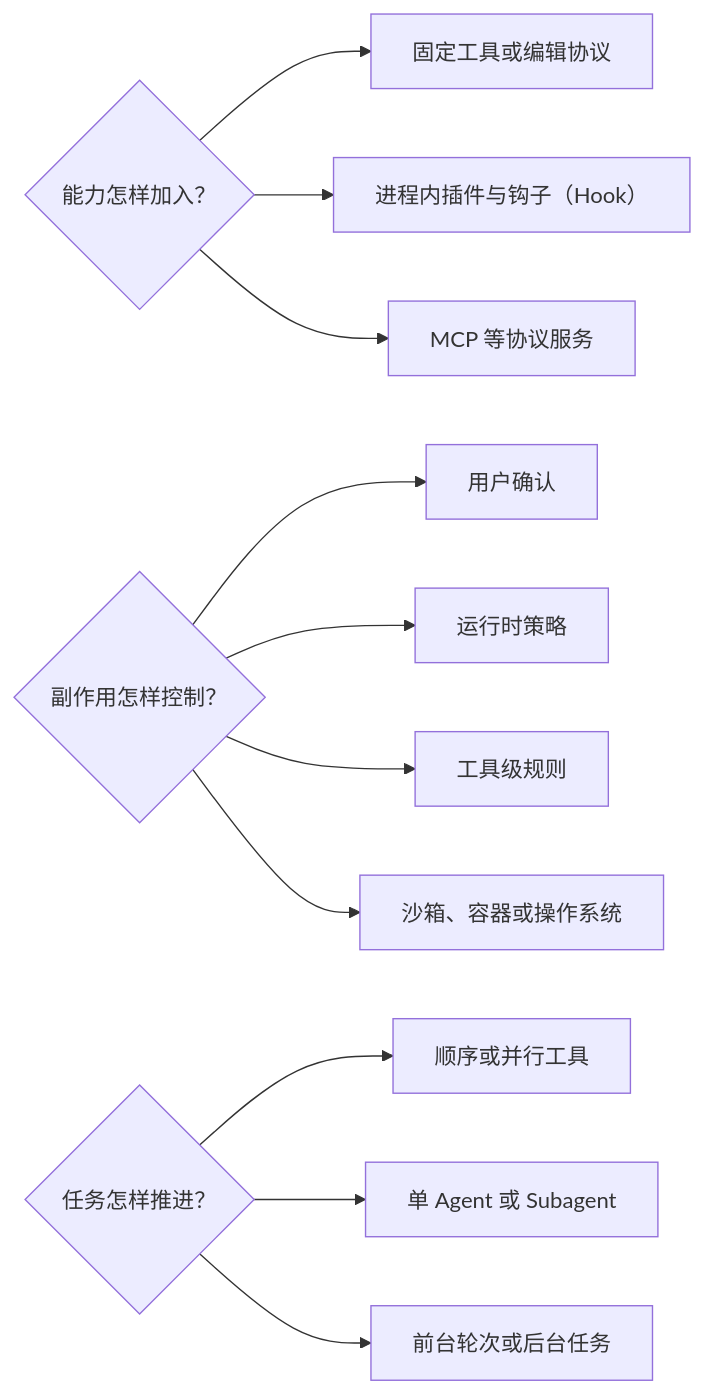
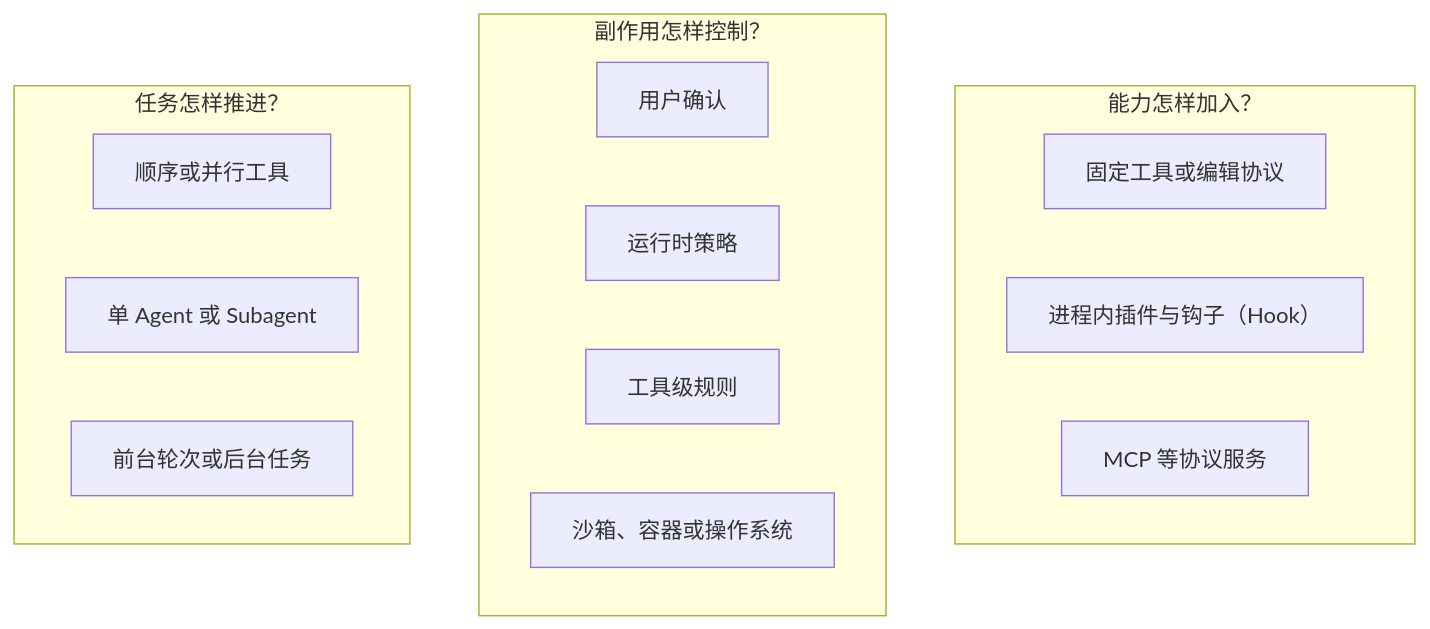
Before and after one commit to specialpointcentral/harness: the diagram in docs/harness-survey/02_horizontal_capability_map.md, drawn with Mermaid. The commit also changed 25 other files, not shown here.

````diff
--- a/docs/harness-survey/02_horizontal_capability_map.md
+++ b/docs/harness-survey/02_horizontal_capability_map.md
@@ -67,15 +67,24 @@
 ```mermaid
-flowchart LR
-  E{能力怎样加入？} --> E1[固定工具或编辑协议]
-  E --> E2[进程内插件与钩子（Hook）]
-  E --> E3[MCP 等协议服务]
+flowchart TB
+  subgraph E[能力怎样加入？]
+    direction LR
+    E1[固定工具或编辑协议]
+    E2[进程内插件与钩子（Hook）]
+    E3[MCP 等协议服务]
+  end
 
-  C{副作用怎样控制？} --> C1[用户确认]
-  C --> C2[运行时策略]
-  C --> C3[工具级规则]
-  C --> C4[沙箱、容器或操作系统]
+  subgraph C[副作用怎样控制？]
+    direction LR
+    C1[用户确认]
+    C2[运行时策略]
+    C3[工具级规则]
+    C4[沙箱、容器或操作系统]
+  end
 
-  A{任务怎样推进？} --> A1[顺序或并行工具]
-  A --> A2[单 Agent 或 Subagent]
-  A --> A3[前台轮次或后台任务]
+  subgraph A[任务怎样推进？]
+    direction LR
+    A1[顺序或并行工具]
+    A2[单 Agent 或 Subagent]
+    A3[前台轮次或后台任务]
+  end
 ```
````
